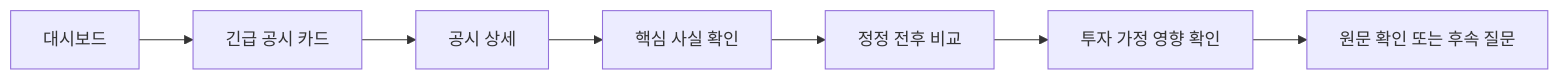
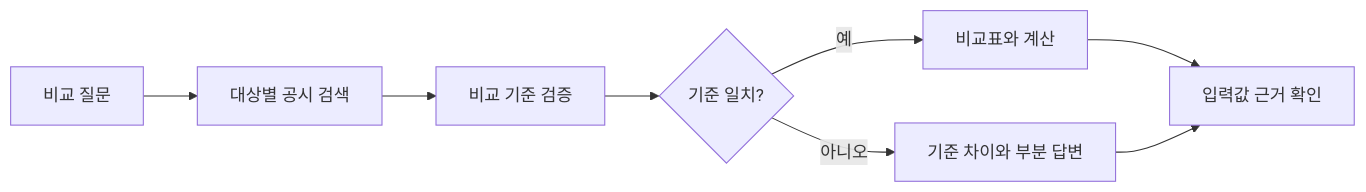
The fourth of 8 diagrams in docs/IA.md (portfolio-disclosure-guardian/foliolens-server), drawn with Mermaid before and after one commit. The commit also changed other lines of this file and 11 other files, not shown here.

````diff
--- a/docs/IA.md
+++ b/docs/IA.md
@@ -692,9 +958,10 @@
 ```mermaid
 flowchart LR
-    A["대시보드"] --> B["긴급 공시 카드"]
-    B --> C["공시 상세"]
-    C --> D["핵심 사실 확인"]
-    D --> E["정정 전후 비교"]
-    E --> F["투자 가정 영향 확인"]
-    F --> G["원문 확인 또는 후속 질문"]
+    A["비교 질문"] --> B["대상별 공시 검색"]
+    B --> C["비교 기준 검증"]
+    C --> D{"기준 일치?"}
+    D -- "예" --> E["비교표와 계산"]
+    D -- "아니오" --> F["기준 차이와 부분 답변"]
+    E --> G["입력값 근거 확인"]
+    F --> G
 ```
````
